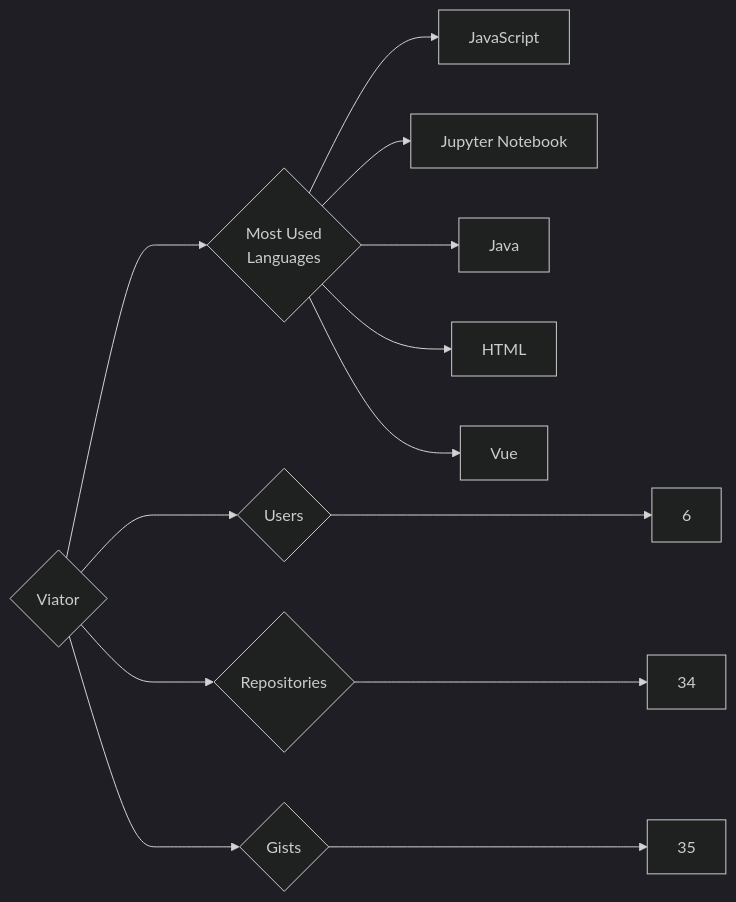
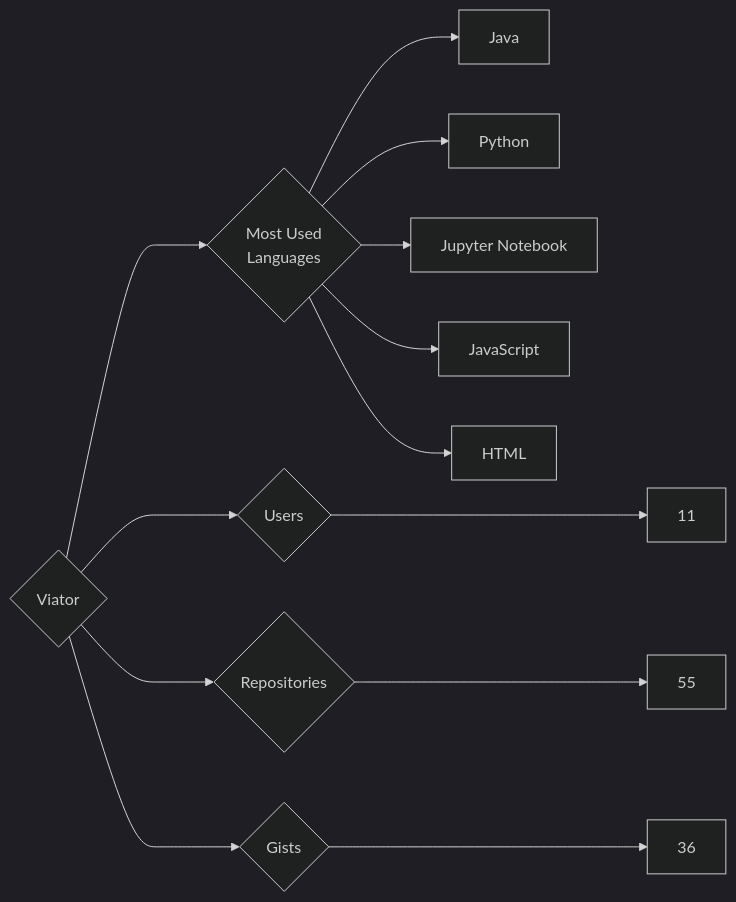
The diagram in targets/Viator/README.md (trickest/insiders), drawn with Mermaid (dark theme) before and after one commit. The commit also changed 860 other files, not shown here.

````diff
--- a/targets/Viator/README.md
+++ b/targets/Viator/README.md
@@ -3,13 +3,13 @@
 ```mermaid
 graph LR
 COMPANY_NAME{Viator}
-COMPANY_NAME ---> U{Users} ---> UN[6]
-COMPANY_NAME ---> R{Repositories} ---> RN[34]
-COMPANY_NAME ---> G{Gists} ---> GN[35]
+COMPANY_NAME ---> U{Users} ---> UN[11]
+COMPANY_NAME ---> R{Repositories} ---> RN[55]
+COMPANY_NAME ---> G{Gists} ---> GN[36]
 COMPANY_NAME ---> ML{Most Used<br>Languages}
+ML --> Java[Java]
+ML --> Python[Python]
+ML --> Jupyter_Notebook[Jupyter Notebook]
 ML --> JavaScript[JavaScript]
-ML --> Jupyter_Notebook[Jupyter Notebook]
-ML --> Java[Java]
 ML --> HTML[HTML]
-ML --> Vue[Vue]
 ```
````
